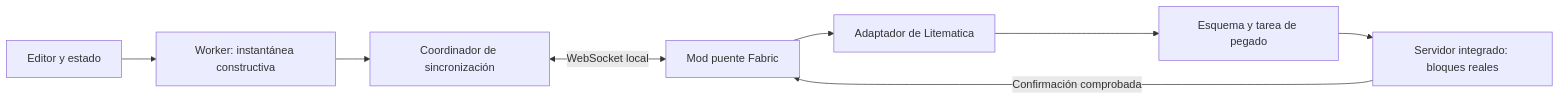
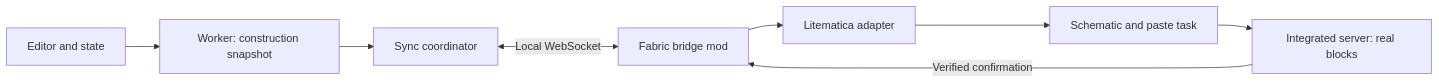
One commit to dFarium/MapArtisan changed the diagram in docs/litematica-live-preview-spec.md. Above: the diagram before and after it, drawn with Mermaid. The commit also changed other lines of this file and 14 other files, not shown here.

````diff
--- a/docs/litematica-live-preview-spec.md
+++ b/docs/litematica-live-preview-spec.md
@@ -72,10 +71,10 @@
 ```mermaid
 flowchart LR
-    E[Editor y estado] --> W[Worker: instantánea constructiva]
-    W --> C[Coordinador de sincronización]
-    C <-->|WebSocket local| B[Mod puente Fabric]
-    B --> A[Adaptador de Litematica]
-    A --> L[Esquema y tarea de pegado]
-    L --> M[Servidor integrado: bloques reales]
-    M -->|Confirmación comprobada| B
+    E[Editor and state] --> W[Worker: construction snapshot]
+    W --> C[Sync coordinator]
+    C <-->|Local WebSocket| B[Fabric bridge mod]
+    B --> A[Litematica adapter]
+    A --> L[Schematic and paste task]
+    L --> M[Integrated server: real blocks]
+    M -->|Verified confirmation| B
 ```
````
